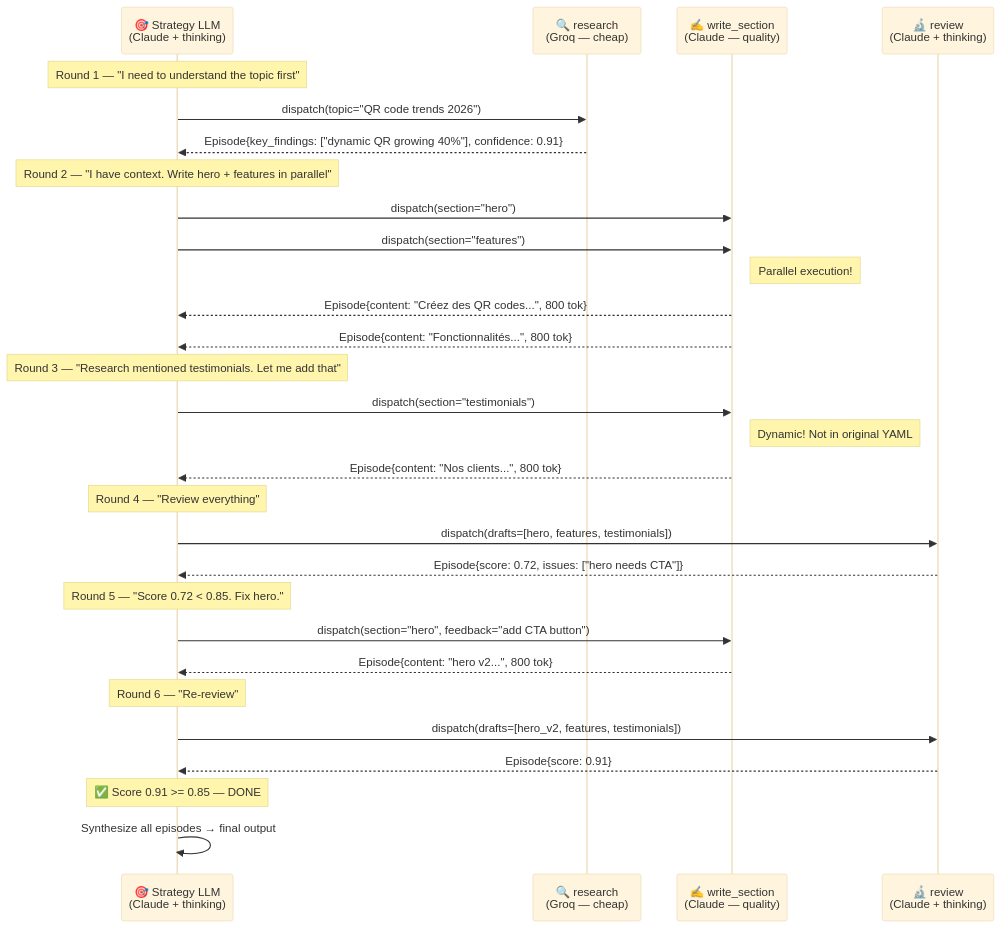
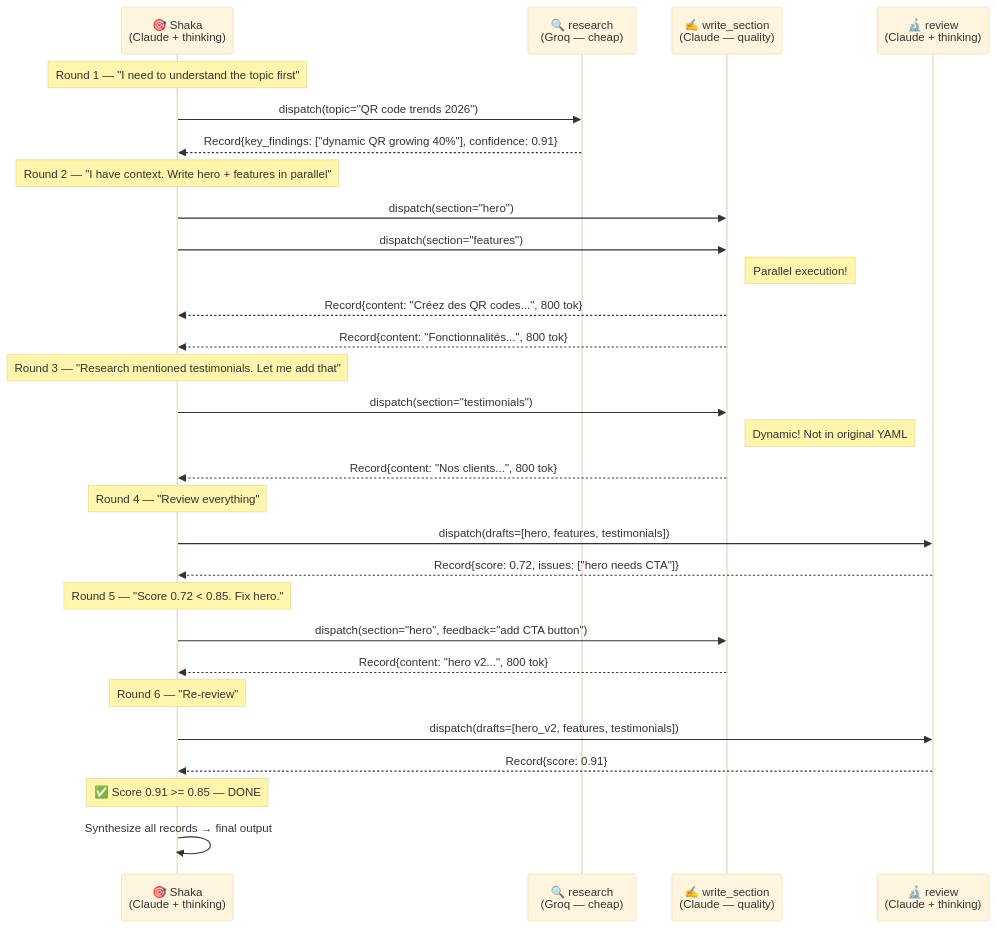
One commit to supernovae-st/nika changed the seventh of 9 diagrams in docs/brainstorm/nika-evolution/08-nika-030-complete-guide.md. Above: the diagram before and after it, drawn with Mermaid (base theme). The commit also changed other lines of this file and 12 other files, not shown here.

````diff
--- a/docs/brainstorm/nika-evolution/08-nika-030-complete-guide.md
+++ b/docs/brainstorm/nika-evolution/08-nika-030-complete-guide.md
@@ -618,38 +618,38 @@
 ```mermaid
 sequenceDiagram
-    participant S as 🎯 Strategy LLM<br/>(Claude + thinking)
+    participant S as 🎯 Shaka<br/>(Claude + thinking)
     participant R as 🔍 research<br/>(Groq — cheap)
     participant W as ✍️ write_section<br/>(Claude — quality)
     participant V as 🔬 review<br/>(Claude + thinking)
 
     Note over S: Round 1 — "I need to understand the topic first"
     S->>R: dispatch(topic="QR code trends 2026")
-    R-->>S: Episode{key_findings: ["dynamic QR growing 40%"], confidence: 0.91}
+    R-->>S: Record{key_findings: ["dynamic QR growing 40%"], confidence: 0.91}
 
     Note over S: Round 2 — "I have context. Write hero + features in parallel"
     S->>W: dispatch(section="hero")
     S->>W: dispatch(section="features")
     Note right of W: Parallel execution!
-    W-->>S: Episode{content: "Créez des QR codes...", 800 tok}
-    W-->>S: Episode{content: "Fonctionnalités...", 800 tok}
+    W-->>S: Record{content: "Créez des QR codes...", 800 tok}
+    W-->>S: Record{content: "Fonctionnalités...", 800 tok}
 
     Note over S: Round 3 — "Research mentioned testimonials. Let me add that"
     S->>W: dispatch(section="testimonials")
     Note right of W: Dynamic! Not in original YAML
-    W-->>S: Episode{content: "Nos clients...", 800 tok}
+    W-->>S: Record{content: "Nos clients...", 800 tok}
 
     Note over S: Round 4 — "Review everything"
     S->>V: dispatch(drafts=[hero, features, testimonials])
-    V-->>S: Episode{score: 0.72, issues: ["hero needs CTA"]}
+    V-->>S: Record{score: 0.72, issues: ["hero needs CTA"]}
 
     Note over S: Round 5 — "Score 0.72 < 0.85. Fix hero."
     S->>W: dispatch(section="hero", feedback="add CTA button")
-    W-->>S: Episode{content: "hero v2...", 800 tok}
+    W-->>S: Record{content: "hero v2...", 800 tok}
 
     Note over S: Round 6 — "Re-review"
     S->>V: dispatch(drafts=[hero_v2, features, testimonials])
-    V-->>S: Episode{score: 0.91}
+    V-->>S: Record{score: 0.91}
 
     Note over S: ✅ Score 0.91 >= 0.85 — DONE
-    S->>S: Synthesize all episodes → final output
+    S->>S: Synthesize all records → final output
 ```
````
